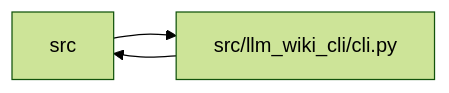
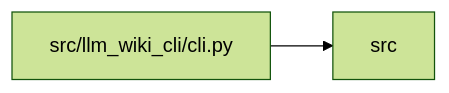
One commit to Denissvgn/python-wiki-llm changed the diagram in docs/llm_wiki/modules/cli.md. Above: the diagram before and after it, drawn with Mermaid (forest theme). The commit also changed other lines of this file and 1555 other files, not shown here.

````diff
--- a/docs/llm_wiki/modules/cli.md
+++ b/docs/llm_wiki/modules/cli.md
@@ -50,8 +46,7 @@
 ```mermaid
 flowchart LR
     n0["src"]
     n1["src/llm_wiki_cli/cli.py"]
-    n0 --> n1
     n1 --> n0
     click n1 "../modules/cli.md"
 ```
````
